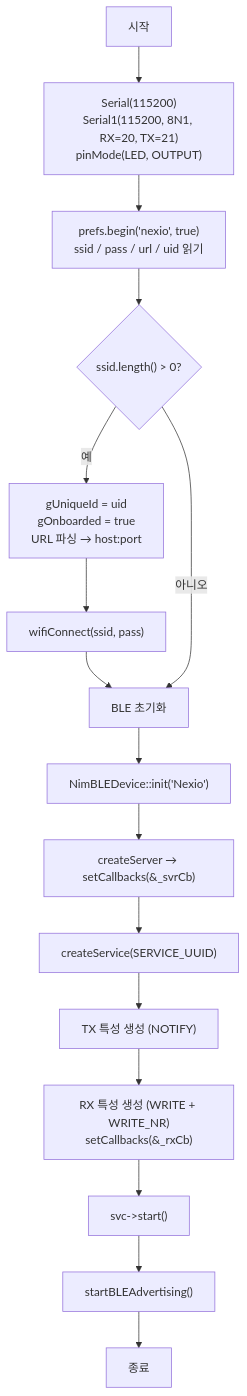
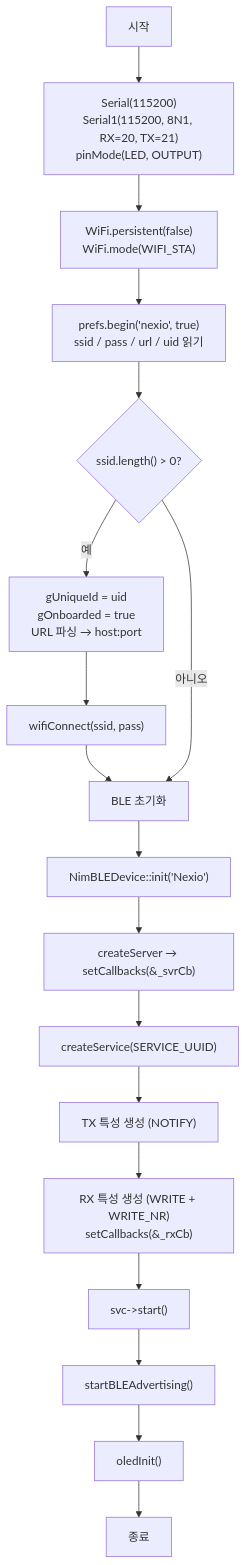
Before and after one commit to hyunu/nexio: the fourth of 5 diagrams in firmware/design.md, drawn with Mermaid. The commit also changed other lines of this file and 2 other files, not shown here.

First line of the commit message:
펌웨어: OLED 모듈 추가 및 설계서 전면 갱신

````diff
--- a/firmware/design.md
+++ b/firmware/design.md
@@ -445,34 +531,38 @@
 ```mermaid
 graph TD
     START["시작"]
     SERIAL["Serial(115200)<br/>Serial1(115200, 8N1, RX=20, TX=21)<br/>pinMode(LED, OUTPUT)"]
+    WIFI_INIT["WiFi.persistent(false)<br/>WiFi.mode(WIFI_STA)"]
     NVS_READ["prefs.begin('nexio', true)<br/>ssid / pass / url / uid 읽기"]
     HAS_CONFIG{"ssid.length() > 0?"}
     RESTORE["gUniqueId = uid<br/>gOnboarded = true<br/>URL 파싱 → host:port"]
     WIFI_CALL["wifiConnect(ssid, pass)"]
     BLE_INIT["BLE 초기화"]
     BLE1["NimBLEDevice::init('Nexio')"]
     BLE2["createServer → setCallbacks(&_svrCb)"]
     BLE3["createService(SERVICE_UUID)"]
     BLE4["TX 특성 생성 (NOTIFY)"]
     BLE5["RX 특성 생성 (WRITE + WRITE_NR)<br/>setCallbacks(&_rxCb)"]
     BLE6["svc->start()"]
     ADV["startBLEAdvertising()"]
+    OLED_INIT["oledInit()"]
     DONE["종료"]
 
     START --> SERIAL
-    SERIAL --> NVS_READ
+    SERIAL --> WIFI_INIT
+    WIFI_INIT --> NVS_READ
     NVS_READ --> HAS_CONFIG
     HAS_CONFIG -->|예| RESTORE
     RESTORE --> WIFI_CALL
     WIFI_CALL --> BLE_INIT
     HAS_CONFIG -->|아니오| BLE_INIT
     BLE_INIT --> BLE1
     BLE1 --> BLE2
     BLE2 --> BLE3
     BLE3 --> BLE4
     BLE4 --> BLE5
     BLE5 --> BLE6
     BLE6 --> ADV
-    ADV --> DONE
+    ADV --> OLED_INIT
+    OLED_INIT --> DONE
 ```
````
